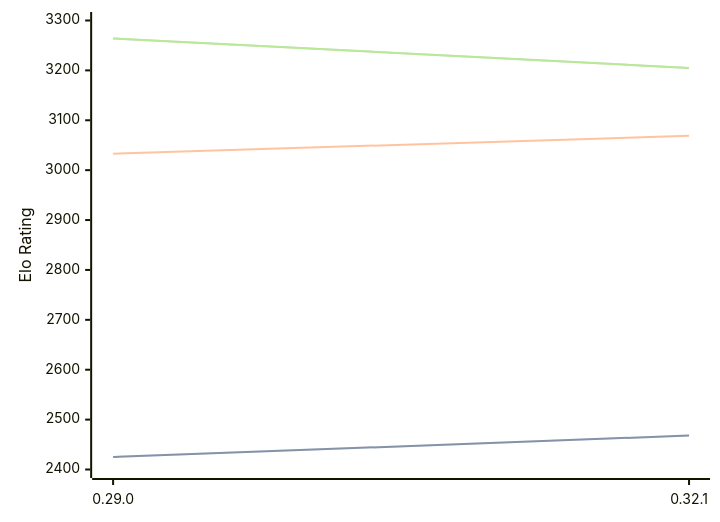
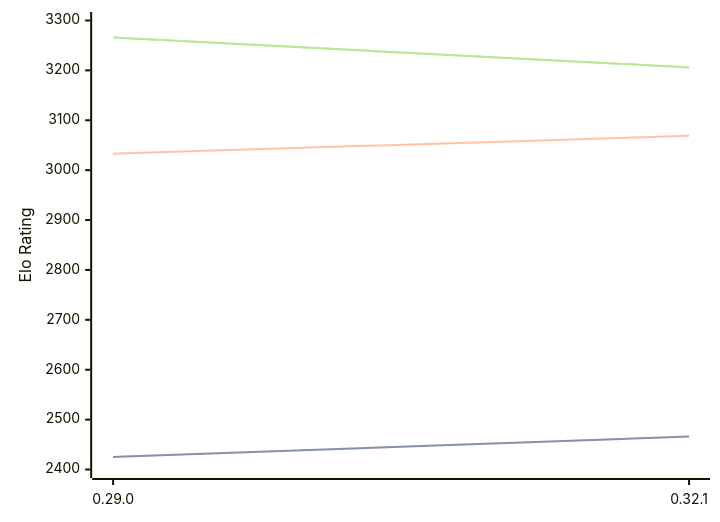
Before and after one commit to computer-chess-index/cci: the diagram in engines/Lc0.md, drawn with Mermaid. The commit also changed other lines of this file, not shown here.

Commit message:
Update CCI Ratings (ELO VLTC) - 2026-03-13

````diff
--- a/engines/Lc0.md
+++ b/engines/Lc0.md
@@ -66,11 +66,11 @@
 ```mermaid
 %%{init: {"theme":"base","themeVariables":{"seriesColors:['#a3a3a3','#222221','#faa371']}}}%%
 xychart-beta
   x-axis ["0.29.0", "0.32.1"]
   y-axis "Elo Rating" 2400 --> 3300
-  line "STC (8.0+0.08s)" [2425, 2468]
-  line "STC (8.0+0.08s)" [2425, 2468]
+  line "STC (8.0+0.08s)" [2425, 2466]
+  line "STC (8.0+0.08s)" [2425, 2466]
   line "LTC (60.0+0.60s)" [3033, 3069]
-  line "VLTC (2m24s+1.12s)" [3264, 3205]
-  line "VLTC (2m24s+1.12s)" [3264, 3205]
+  line "VLTC (2m24s+1.12s)" [3266, 3206]
+  line "VLTC (2m24s+1.12s)" [3266, 3206]
 ```
````
